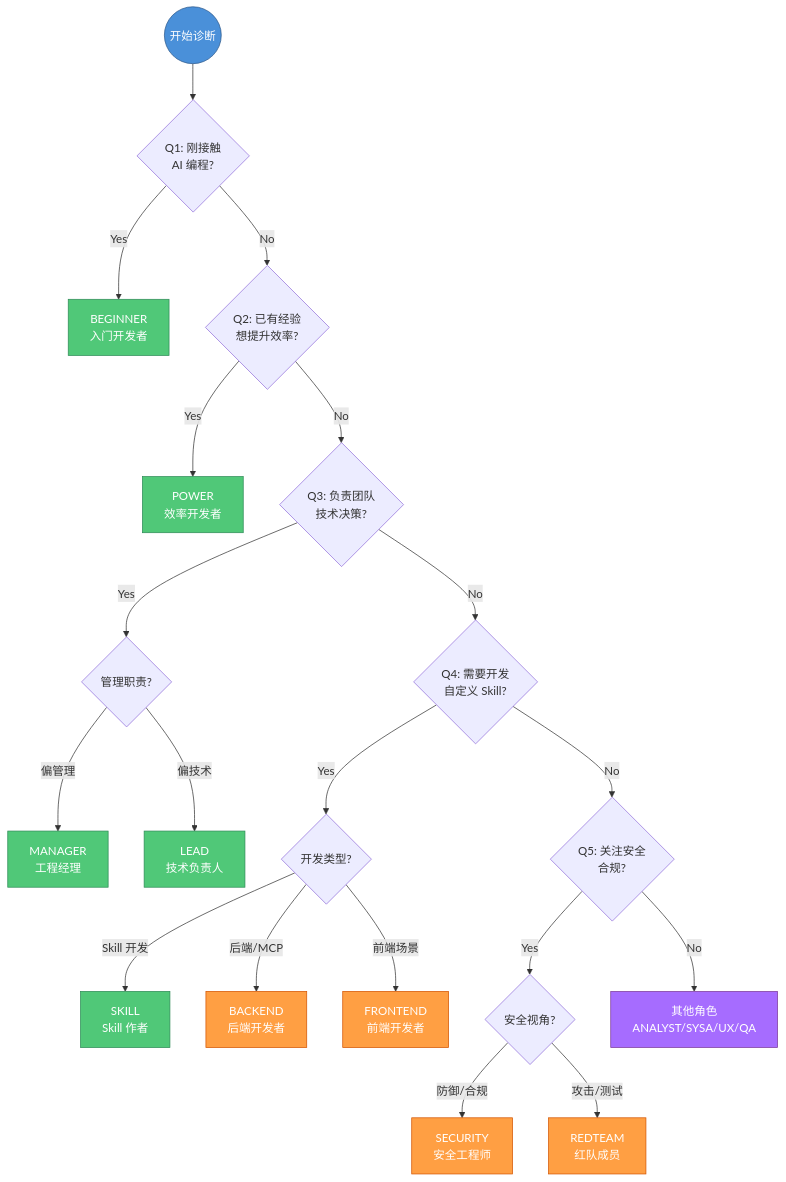
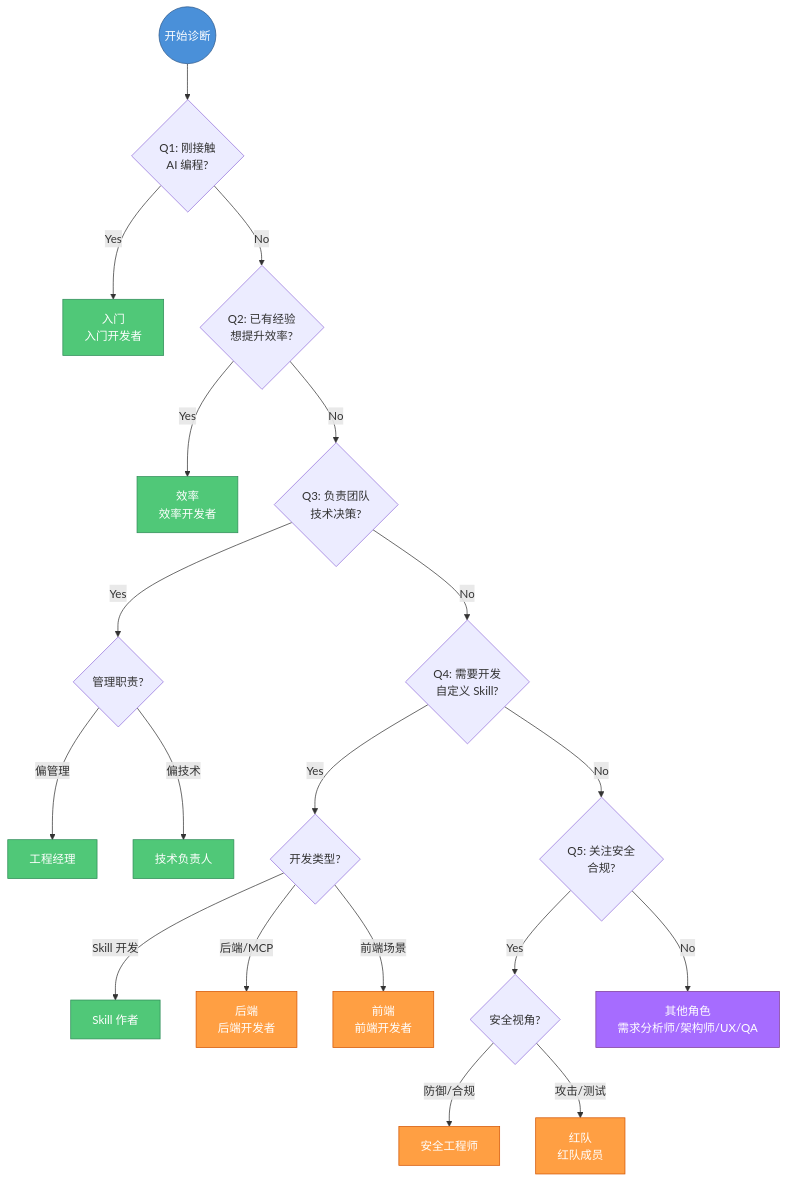
One commit to tonydeng/harness-engineering-from-oc-to-ai-coding changed the first of 6 diagrams in src/00-guide/README.md. Above: the diagram before and after it, drawn with Mermaid. The commit also changed other lines of this file and 3 other files, not shown here.

````diff
--- a/src/00-guide/README.md
+++ b/src/00-guide/README.md
@@ -21,35 +21,35 @@
 ```mermaid
 flowchart TB
     START((开始诊断)) --> Q1{Q1: 刚接触<br/>AI 编程?}
-    Q1 -->|Yes| BEGINNER[BEGINNER<br/>入门开发者]
+    Q1 -->|Yes| 入门[入门<br/>入门开发者]
     Q1 -->|No| Q2{Q2: 已有经验<br/>想提升效率?}
-    
-    Q2 -->|Yes| POWER[POWER<br/>效率开发者]
+
+    Q2 -->|Yes| 效率[效率<br/>效率开发者]
     Q2 -->|No| Q3{Q3: 负责团队<br/>技术决策?}
-    
+
     Q3 -->|Yes| Q3a{管理职责?}
-    Q3a -->|偏管理| MANAGER[MANAGER<br/>工程经理]
-    Q3a -->|偏技术| LEAD[LEAD<br/>技术负责人]
+    Q3a -->|偏管理| 工程经理[工程经理]
+    Q3a -->|偏技术| 技术负责人[技术负责人]
     Q3 -->|No| Q4{Q4: 需要开发<br/>自定义 Skill?}
-    
+
     Q4 -->|Yes| Q4a{开发类型?}
-    Q4a -->|Skill 开发| SKILL[SKILL<br/>Skill 作者]
-    Q4a -->|后端/MCP| BACKEND[BACKEND<br/>后端开发者]
-    Q4a -->|前端场景| FRONTEND[FRONTEND<br/>前端开发者]
+    Q4a -->|Skill 开发| Skill作者[Skill 作者]
+    Q4a -->|后端/MCP| 后端[后端<br/>后端开发者]
+    Q4a -->|前端场景| 前端[前端<br/>前端开发者]
     Q4 -->|No| Q5{Q5: 关注安全<br/>合规?}
-    
+
     Q5 -->|Yes| Q5a{安全视角?}
-    Q5a -->|防御/合规| SECURITY[SECURITY<br/>安全工程师]
-    Q5a -->|攻击/测试| REDTEAM[REDTEAM<br/>红队成员]
-    Q5 -->|No| OTHER[其他角色<br/>ANALYST/SYSA/UX/QA]
-    
+    Q5a -->|防御/合规| 安全工程师[安全工程师]
+    Q5a -->|攻击/测试| 红队[红队<br/>红队成员]
+    Q5 -->|No| 其他角色[其他角色<br/>需求分析师/架构师/UX/QA]
+
     classDef start fill:#4A90D9,stroke:#2E5A8C,color:#fff
     classDef core fill:#50C878,stroke:#2E8B57,color:#fff
     classDef ext fill:#FF9F43,stroke:#D35400,color:#fff
     classDef other fill:#A66CFF,stroke:#7D3C98,color:#fff
-    
+
     class START start
-    class BEGINNER,POWER,LEAD,SKILL,MANAGER core
-    class BACKEND,FRONTEND,SECURITY,REDTEAM ext
-    class OTHER other
+    class 入门,效率,技术负责人,Skill作者,工程经理 core
+    class 后端,前端,安全工程师,红队 ext
+    class 其他角色 other
 ```
````
